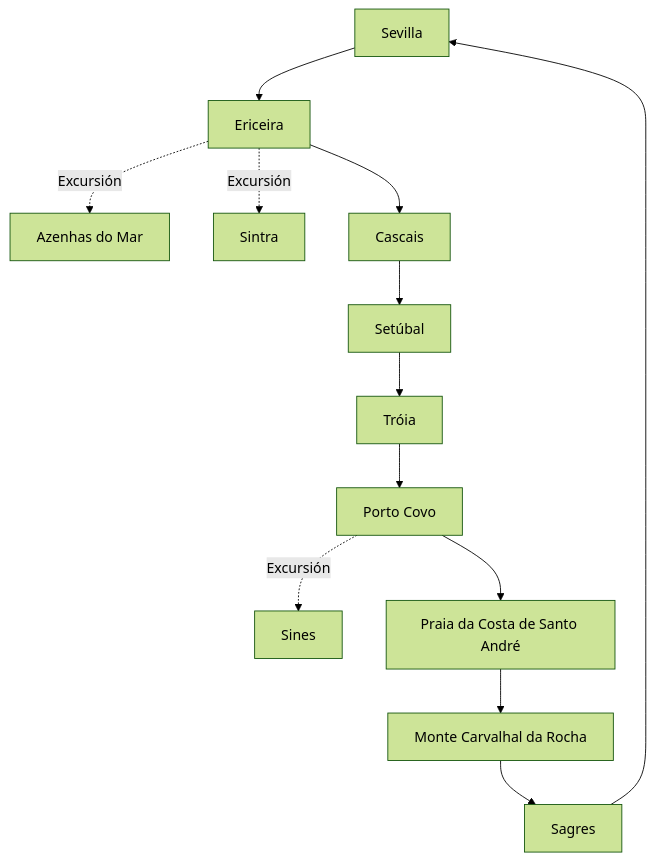
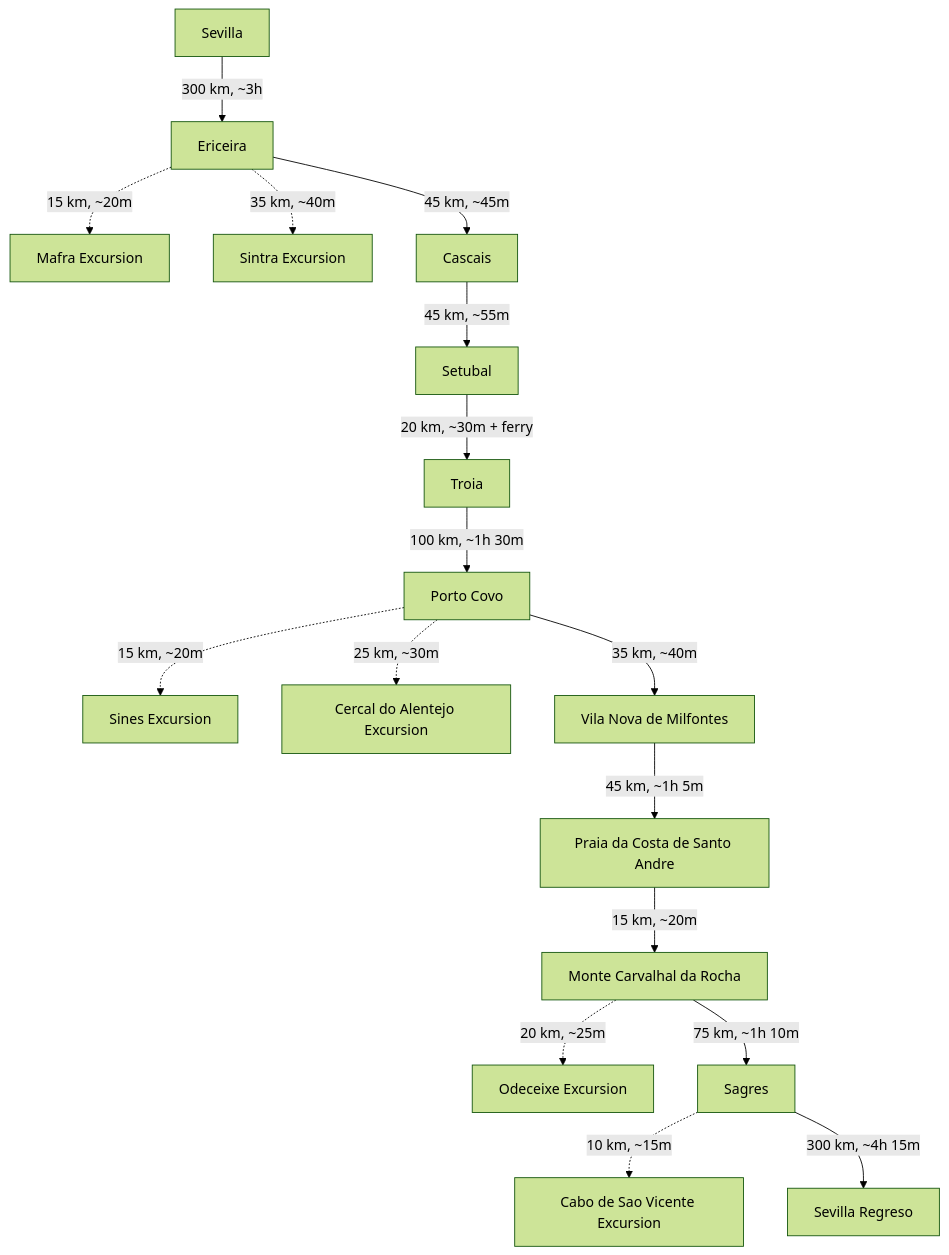
Before and after one commit to carlosrodlop/carlosrodlop-docs: the diagram in trips/Portugal_2025_v2.md, drawn with Mermaid (forest theme). The commit also changed other lines of this file, not shown here.

````diff
--- a/trips/Portugal_2025_v2.md
+++ b/trips/Portugal_2025_v2.md
@@ -81,15 +83,37 @@
 ```mermaid
 graph TD
-    A[Sevilla] --> B[Ericeira]
-    B -. Excursión .-> C[Azenhas do Mar]
-    B -. Excursión .-> D[Sintra]
-    B --> E[Cascais]
-    E --> F[Setúbal]
-    F --> G[Tróia]
-    G --> H[Porto Covo]
-    H -. Excursión .-> I[Sines]
-    H --> J[Praia da Costa de Santo André]
-    J --> K[Monte Carvalhal da Rocha]
-    K --> L[Sagres]
-    L --> A
+    A[Sevilla]
+    B[Ericeira]
+    C[Mafra Excursion]
+    S[Sintra Excursion]
+    D[Cascais]
+    E[Setubal]
+    F[Troia]
+    G[Porto Covo]
+    H[Sines Excursion]
+    I[Cercal do Alentejo Excursion]
+    J[Vila Nova de Milfontes]
+    K[Praia da Costa de Santo Andre]
+    L[Monte Carvalhal da Rocha]
+    M[Odeceixe Excursion]
+    N[Sagres]
+    O[Cabo de Sao Vicente Excursion]
+    Z[Sevilla Regreso]
+
+    A -- 300 km, ~3h --> B
+    B -. 15 km, ~20m .-> C
+    B -. 35 km, ~40m .-> S
+    B -- 45 km, ~45m --> D
+    D -- 45 km, ~55m --> E
+    E -- 20 km, ~30m + ferry --> F
+    F -- 100 km, ~1h 30m --> G
+    G -. 15 km, ~20m .-> H
+    G -. 25 km, ~30m .-> I
+    G -- 35 km, ~40m --> J
+    J -- 45 km, ~1h 5m --> K
+    K -- 15 km, ~20m --> L
+    L -. 20 km, ~25m .-> M
+    L -- 75 km, ~1h 10m --> N
+    N -. 10 km, ~15m .-> O
+    N -- 300 km, ~4h 15m --> Z
 ```
````
